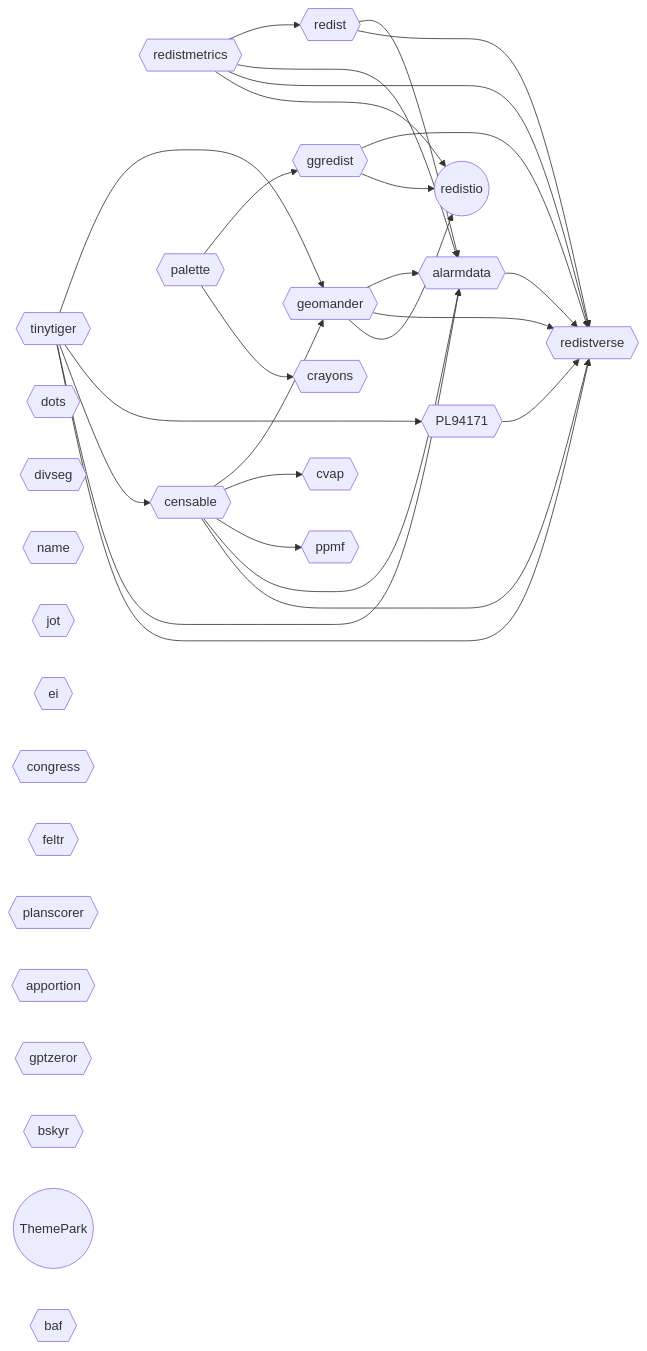
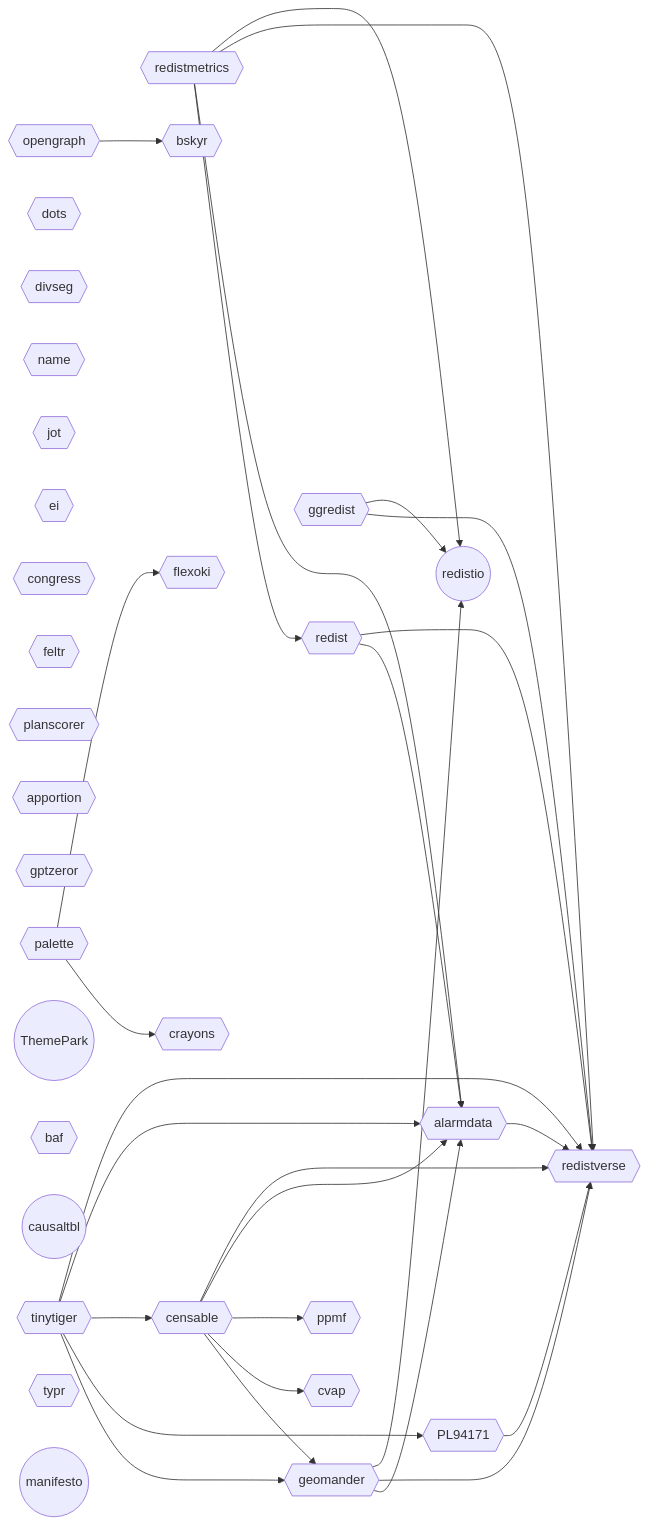
Before and after one commit to christopherkenny/christopherkenny.github.io: the diagram in package-relationships.qmd, drawn with Mermaid. The commit also changed other lines of this file and 22 other files, not shown here.

````diff
--- a/package-relationships.qmd
+++ b/package-relationships.qmd
@@ -67,55 +67,61 @@
 ```{mermaid}
 flowchart LR
   redist{{redist}}
   redistmetrics{{redistmetrics}}
   geomander{{geomander}}
   PL94171{{PL94171}}
   censable{{censable}}
   tinytiger{{tinytiger}}
   alarmdata{{alarmdata}}
   ggredist{{ggredist}}
   redistverse{{redistverse}}
   dots{{dots}}
   cvap{{cvap}}
   ppmf{{ppmf}}
   divseg{{divseg}}
   name{{name}}
   jot{{jot}}
   ei{{ei}}
   congress{{congress}}
   feltr{{feltr}}
   planscorer{{planscorer}}
   crayons{{crayons}}
   apportion{{apportion}}
   gptzeror{{gptzeror}}
   bskyr{{bskyr}}
   redistio((redistio))
   palette{{palette}}
   ThemePark((ThemePark))
   baf{{baf}}
+  causaltbl((causaltbl))
+  opengraph{{opengraph}}
+  flexoki{{flexoki}}
+  typr{{typr}}
+  manifesto((manifesto))
   redistmetrics --> redist
   censable --> geomander
   tinytiger --> geomander
   tinytiger --> PL94171
   tinytiger --> censable
   censable --> cvap
   censable --> ppmf
   censable --> alarmdata
   geomander --> alarmdata
   redist --> alarmdata
   redistmetrics --> alarmdata
   tinytiger --> alarmdata
-  palette --> ggredist
   redist --> redistverse
   redistmetrics --> redistverse
   geomander --> redistverse
   ggredist --> redistverse
   censable --> redistverse
   tinytiger --> redistverse
   PL94171 --> redistverse
   alarmdata --> redistverse
   palette --> crayons
+  opengraph --> bskyr
   geomander --> redistio
   ggredist --> redistio
   redistmetrics --> redistio
+  palette --> flexoki
 ```
````
